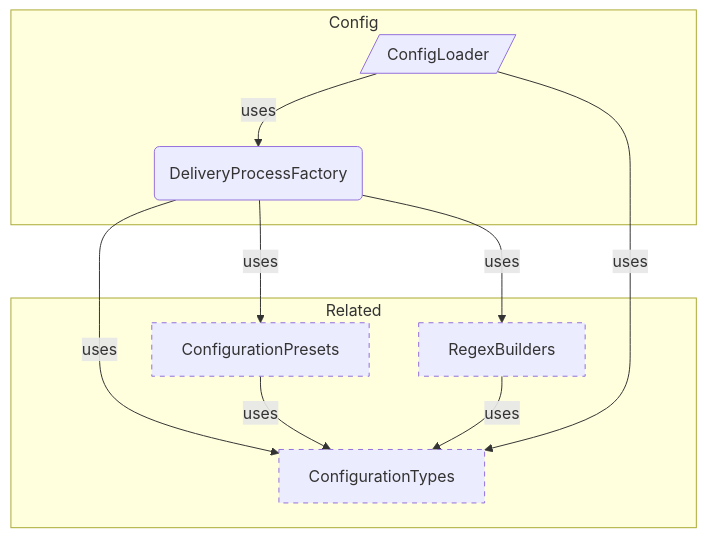
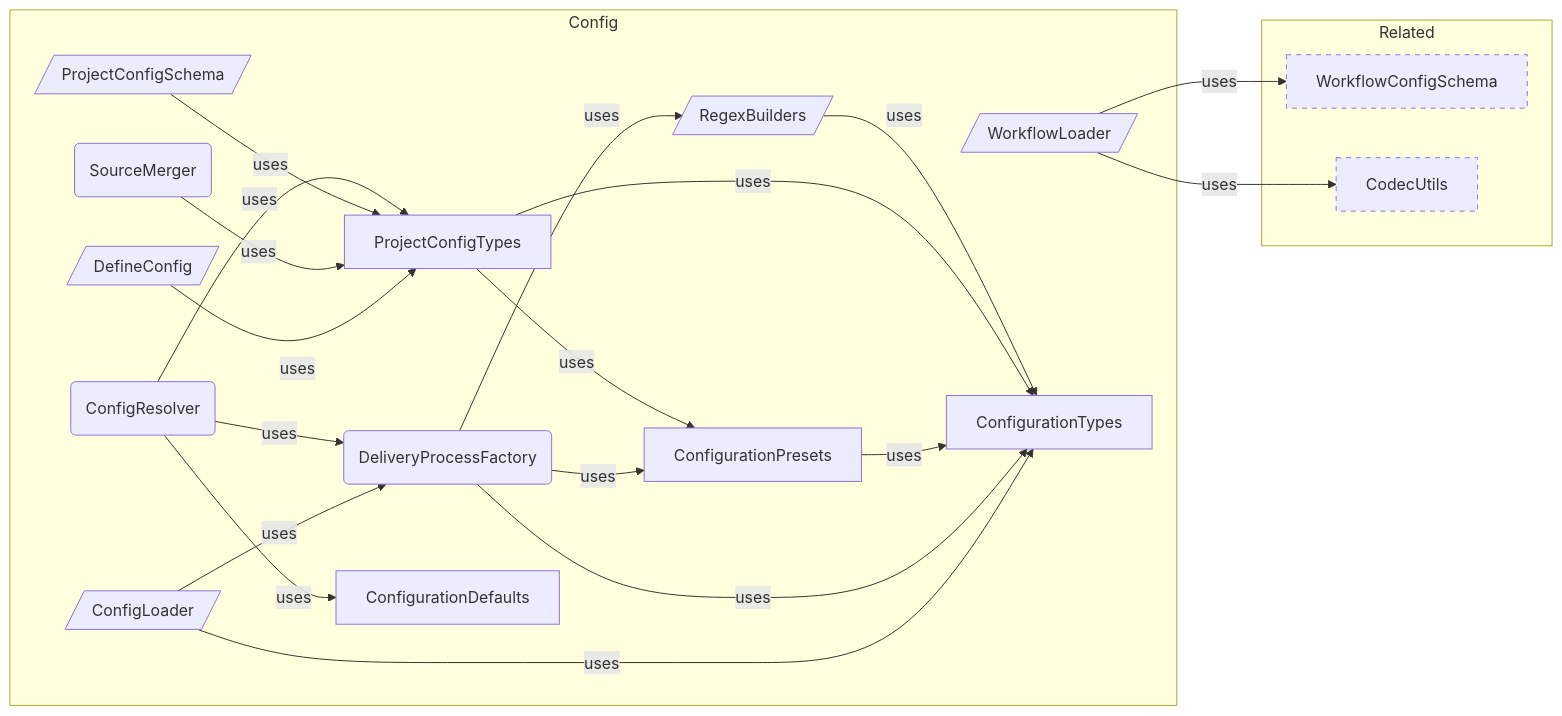
One commit to libar-dev/architect changed the second of 2 diagrams in docs-live/product-areas/CONFIGURATION.md. Above: the diagram before and after it, drawn with Mermaid. The commit also changed other lines of this file and 219 other files, not shown here.

````diff
--- a/docs-live/product-areas/CONFIGURATION.md
+++ b/docs-live/product-areas/CONFIGURATION.md
@@ -21,20 +67,39 @@
 ```mermaid
-graph TB
+graph LR
     subgraph config["Config"]
+        WorkflowLoader[/"WorkflowLoader"/]
+        ConfigurationTypes["ConfigurationTypes"]
+        ConfigResolver("ConfigResolver")
+        RegexBuilders[/"RegexBuilders"/]
+        ProjectConfigTypes["ProjectConfigTypes"]
+        ProjectConfigSchema[/"ProjectConfigSchema"/]
+        ConfigurationPresets["ConfigurationPresets"]
+        SourceMerger("SourceMerger")
         DeliveryProcessFactory("DeliveryProcessFactory")
+        DefineConfig[/"DefineConfig"/]
+        ConfigurationDefaults["ConfigurationDefaults"]
         ConfigLoader[/"ConfigLoader"/]
     end
     subgraph related["Related"]
-        ConfigurationTypes["ConfigurationTypes"]:::neighbor
-        RegexBuilders["RegexBuilders"]:::neighbor
-        ConfigurationPresets["ConfigurationPresets"]:::neighbor
+        WorkflowConfigSchema["WorkflowConfigSchema"]:::neighbor
+        CodecUtils["CodecUtils"]:::neighbor
     end
+    WorkflowLoader -->|uses| WorkflowConfigSchema
+    WorkflowLoader -->|uses| CodecUtils
+    ConfigResolver -->|uses| ProjectConfigTypes
+    ConfigResolver -->|uses| DeliveryProcessFactory
+    ConfigResolver -->|uses| ConfigurationDefaults
+    RegexBuilders -->|uses| ConfigurationTypes
+    ProjectConfigTypes -->|uses| ConfigurationTypes
+    ProjectConfigTypes -->|uses| ConfigurationPresets
+    ProjectConfigSchema -->|uses| ProjectConfigTypes
+    ConfigurationPresets -->|uses| ConfigurationTypes
+    SourceMerger -->|uses| ProjectConfigTypes
     DeliveryProcessFactory -->|uses| ConfigurationTypes
     DeliveryProcessFactory -->|uses| ConfigurationPresets
     DeliveryProcessFactory -->|uses| RegexBuilders
+    DefineConfig -->|uses| ProjectConfigTypes
     ConfigLoader -->|uses| DeliveryProcessFactory
     ConfigLoader -->|uses| ConfigurationTypes
-    RegexBuilders -->|uses| ConfigurationTypes
-    ConfigurationPresets -->|uses| ConfigurationTypes
     classDef neighbor stroke-dasharray: 5 5
 ```
````
